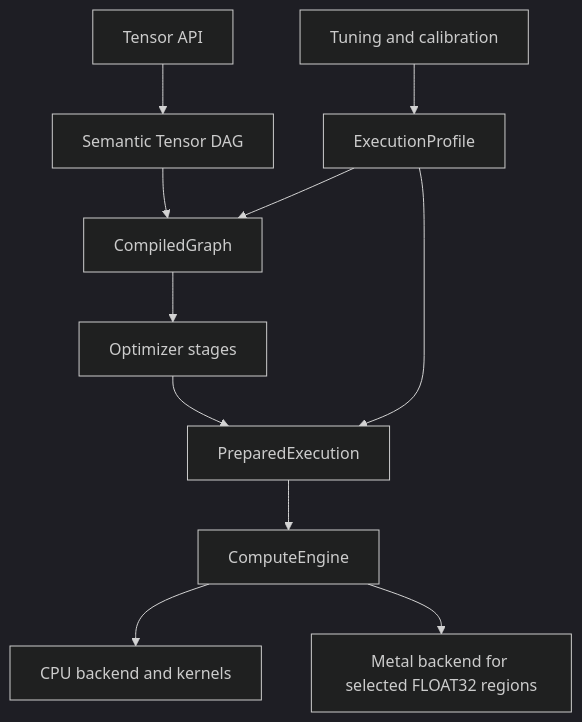
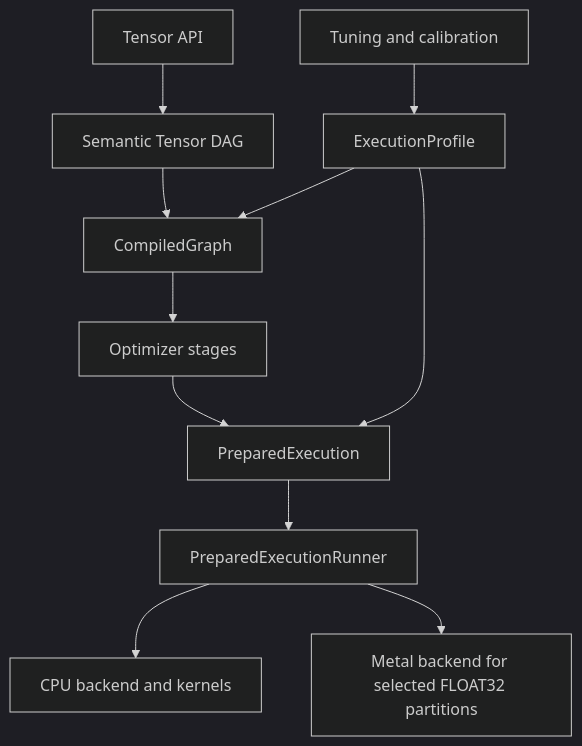
The first of 2 diagrams in docs/framework-concepts.md (pho001/Synaptik), drawn with Mermaid (dark theme) before and after one commit. The commit also changed other lines of this file and 517 other files, not shown here.

````diff
--- a/docs/framework-concepts.md
+++ b/docs/framework-concepts.md
@@ -10,13 +10,13 @@
 ```mermaid
 flowchart TD
     A[Tensor API] --> B[Semantic Tensor DAG]
     B --> C[CompiledGraph]
     C --> D[Optimizer stages]
     D --> E[PreparedExecution]
-    E --> F[ComputeEngine]
+    E --> F[PreparedExecutionRunner]
     F --> G[CPU backend and kernels]
-    F --> J[Metal backend for selected FLOAT32 regions]
+    F --> J[Metal backend for selected FLOAT32 partitions]
     H[ExecutionProfile] --> C
     H --> E
     I[Tuning and calibration] --> H
 ```
````
